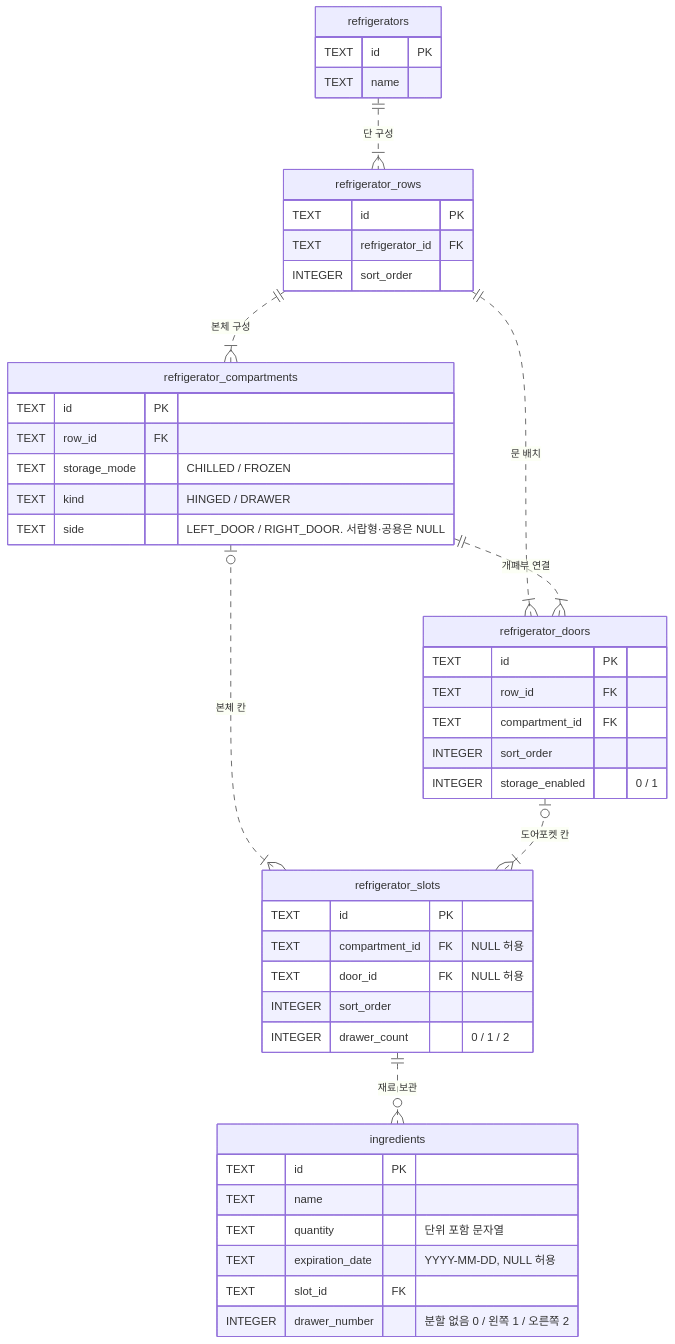
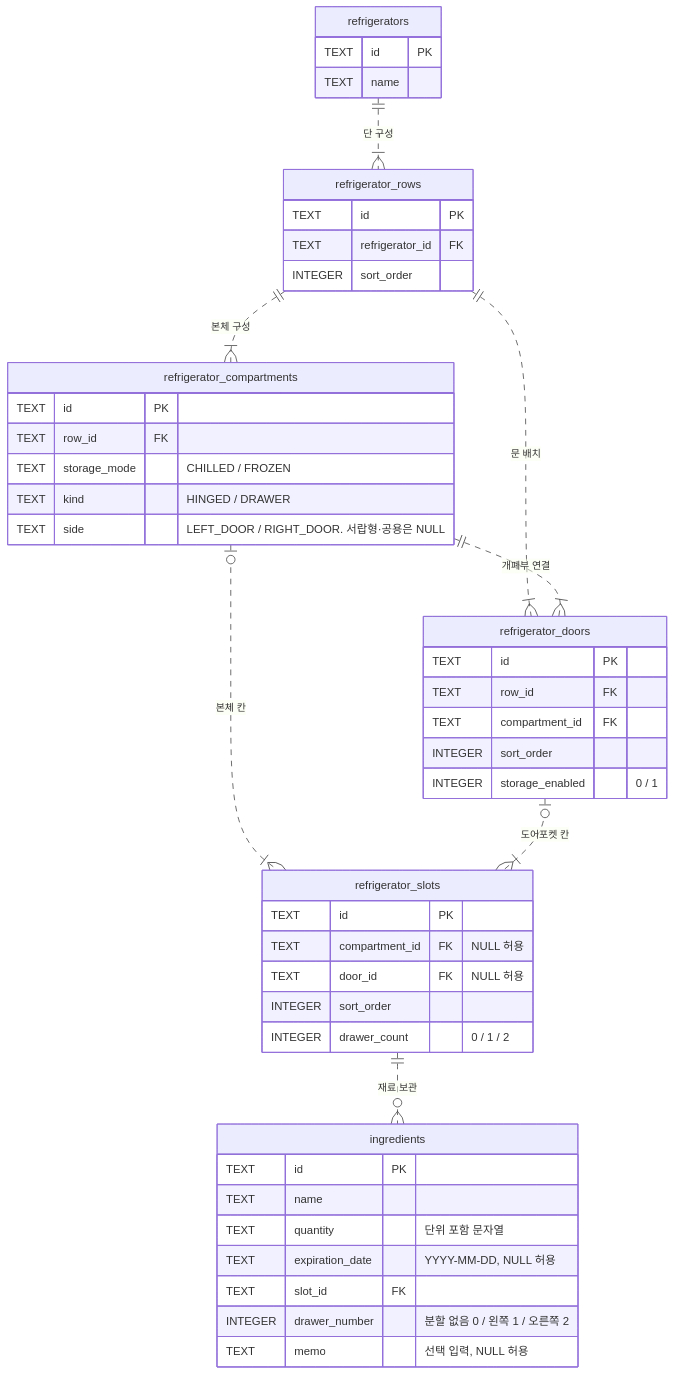
One commit to maseungchul/fridge-manager-local-db changed the diagram in docs/erd.md. Above: the diagram before and after it, drawn with Mermaid. The commit also changed 10 other files, not shown here.

````diff
--- a/docs/erd.md
+++ b/docs/erd.md
@@ -3,54 +3,55 @@
 ```mermaid
 erDiagram
     refrigerators ||..|{ refrigerator_rows : "단 구성"
     refrigerator_rows ||..|{ refrigerator_compartments : "본체 구성"
     refrigerator_rows ||..|{ refrigerator_doors : "문 배치"
     refrigerator_compartments ||..|{ refrigerator_doors : "개폐부 연결"
     refrigerator_compartments |o..|{ refrigerator_slots : "본체 칸"
     refrigerator_doors |o..|{ refrigerator_slots : "도어포켓 칸"
     refrigerator_slots ||..o{ ingredients : "재료 보관"
 
     refrigerators {
         TEXT id PK
         TEXT name
     }
 
     refrigerator_rows {
         TEXT id PK
         TEXT refrigerator_id FK
         INTEGER sort_order
     }
 
     refrigerator_compartments {
         TEXT id PK
         TEXT row_id FK
         TEXT storage_mode "CHILLED / FROZEN"
         TEXT kind "HINGED / DRAWER"
         TEXT side "LEFT_DOOR / RIGHT_DOOR. 서랍형·공용은 NULL"
     }
 
     refrigerator_doors {
         TEXT id PK
         TEXT row_id FK
         TEXT compartment_id FK
         INTEGER sort_order
         INTEGER storage_enabled "0 / 1"
     }
 
     refrigerator_slots {
         TEXT id PK
         TEXT compartment_id FK "NULL 허용"
         TEXT door_id FK "NULL 허용"
         INTEGER sort_order
         INTEGER drawer_count "0 / 1 / 2"
     }
 
     ingredients {
         TEXT id PK
         TEXT name
         TEXT quantity "단위 포함 문자열"
         TEXT expiration_date "YYYY-MM-DD, NULL 허용"
         TEXT slot_id FK
         INTEGER drawer_number "분할 없음 0 / 왼쪽 1 / 오른쪽 2"
+        TEXT memo "선택 입력, NULL 허용"
     }
 ```
````
